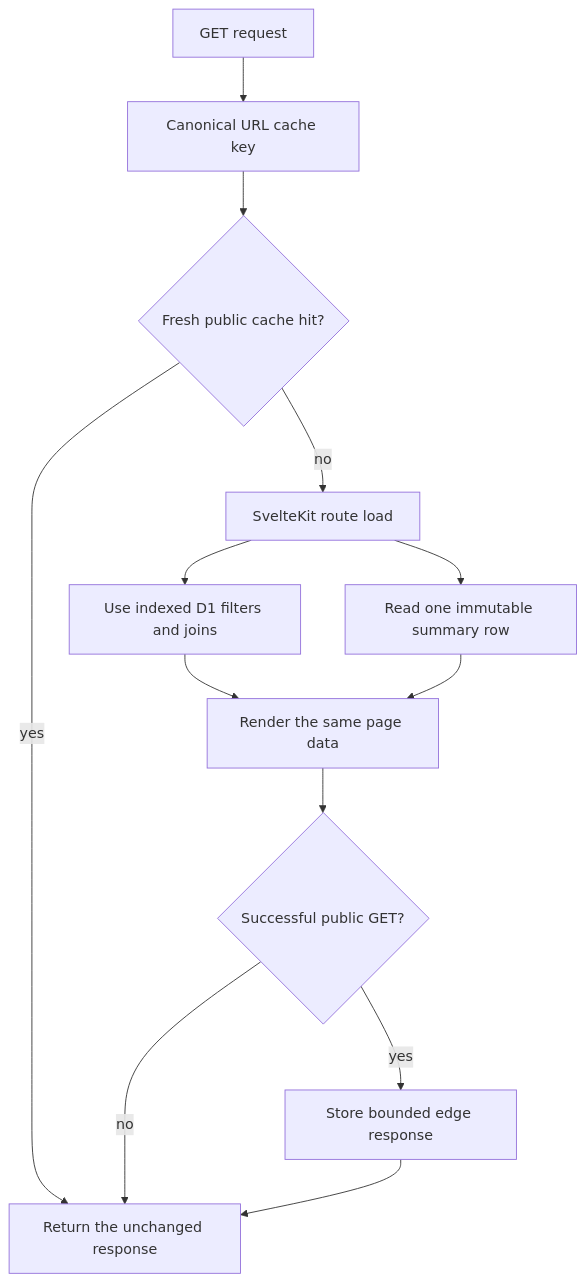
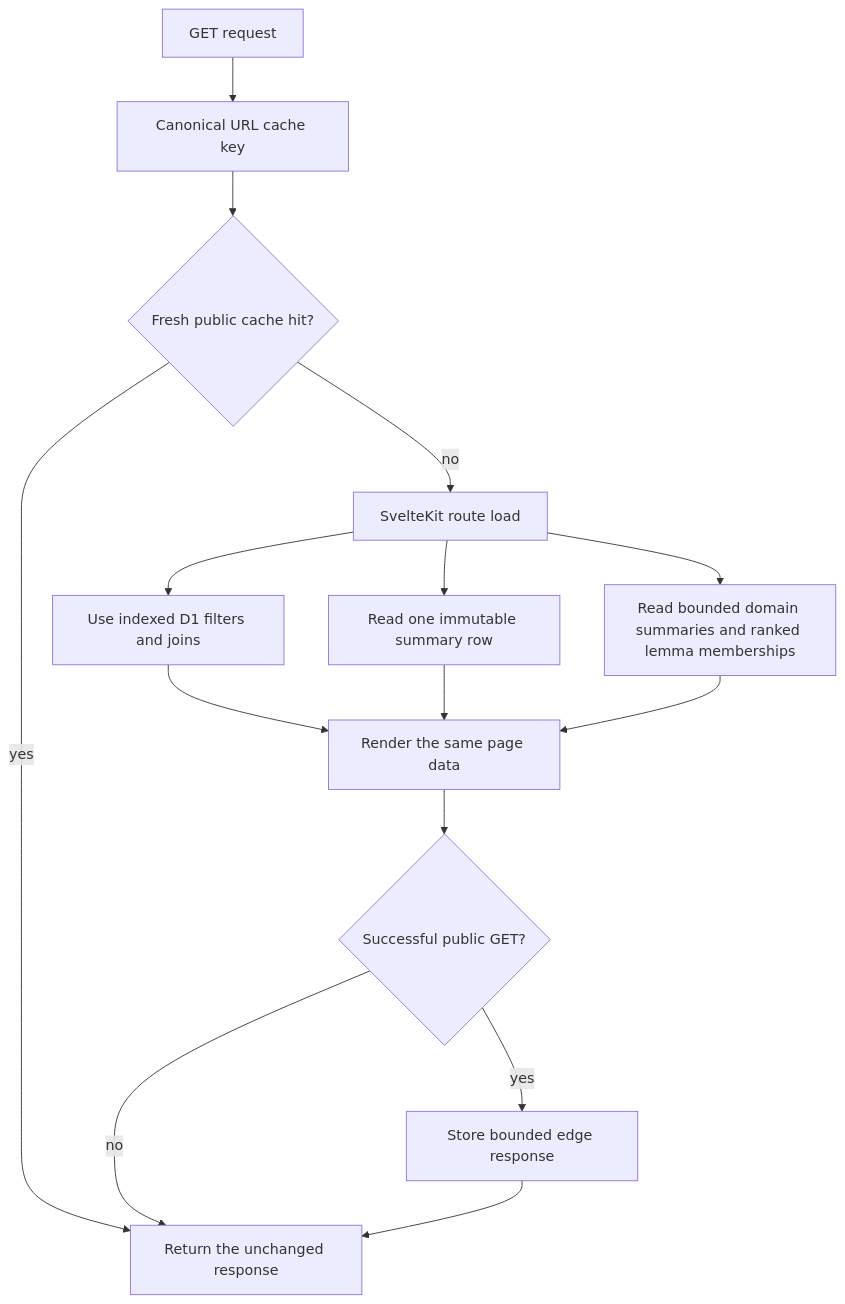
Before and after one commit to loveJesus/semantic-lexicon-chirho: the diagram in spec-chirho/workflows-chirho/lexicon-read-request-chirho.md, drawn with Mermaid. The commit also changed other lines of this file and 10 other files, not shown here.

Commit message:
Materialize lexicon domain reads Chirho

````diff
--- a/spec-chirho/workflows-chirho/lexicon-read-request-chirho.md
+++ b/spec-chirho/workflows-chirho/lexicon-read-request-chirho.md
@@ -5,15 +5,17 @@
 ```mermaid
 flowchart TD
   request_chirho[GET request] --> cache_key_chirho[Canonical URL cache key]
   cache_key_chirho --> cache_hit_chirho{Fresh public cache hit?}
   cache_hit_chirho -->|yes| response_chirho[Return the unchanged response]
   cache_hit_chirho -->|no| svelte_chirho[SvelteKit route load]
   svelte_chirho --> indexed_query_chirho[Use indexed D1 filters and joins]
   svelte_chirho --> summary_query_chirho[Read one immutable summary row]
+  svelte_chirho --> domain_read_model_chirho[Read bounded domain summaries and ranked lemma memberships]
   indexed_query_chirho --> rendered_chirho[Render the same page data]
   summary_query_chirho --> rendered_chirho
+  domain_read_model_chirho --> rendered_chirho
   rendered_chirho --> cacheable_chirho{Successful public GET?}
   cacheable_chirho -->|yes| store_chirho[Store bounded edge response]
   cacheable_chirho -->|no| response_chirho
   store_chirho --> response_chirho
 ```
````
